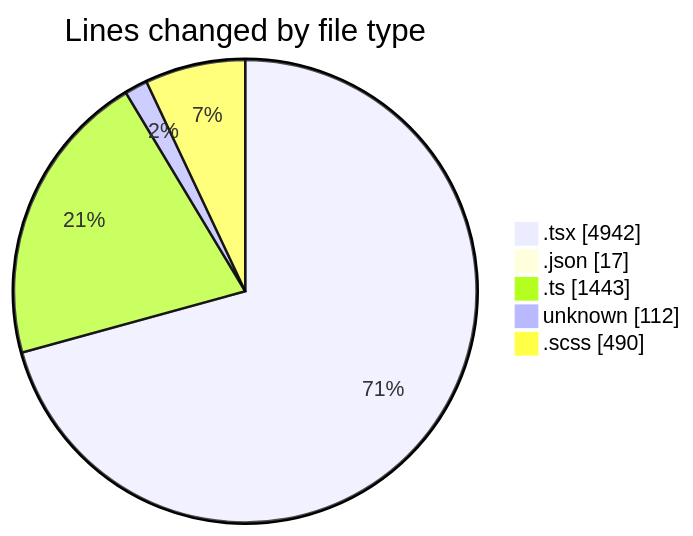
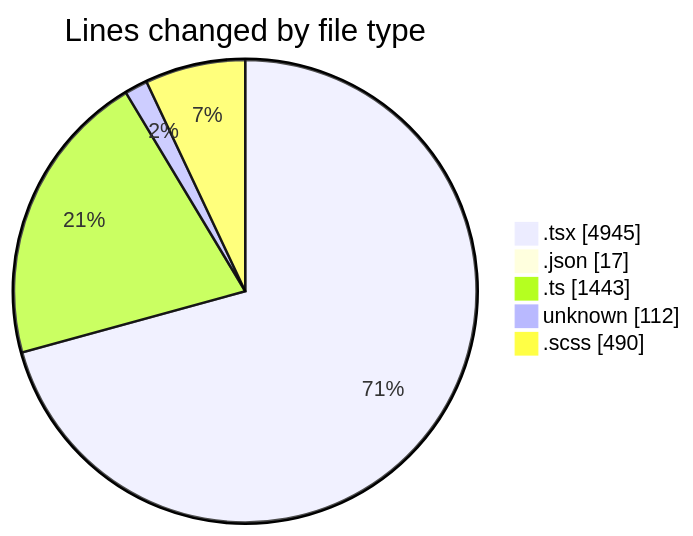
The first of 2 diagrams in 2026-04-30/cda/README.md (momahboobian/code-tracking), drawn with Mermaid before and after one commit. The commit also changed other lines of this file and 1 other file, not shown here.

````diff
--- a/2026-04-30/cda/README.md
+++ b/2026-04-30/cda/README.md
@@ -69,9 +69,9 @@
 ```mermaid
 pie showData
 title Lines changed by file type
-".tsx" : 4942
+".tsx" : 4945
 ".json" : 17
 ".ts" : 1443
 "unknown" : 112
 ".scss" : 490
 ```
````
